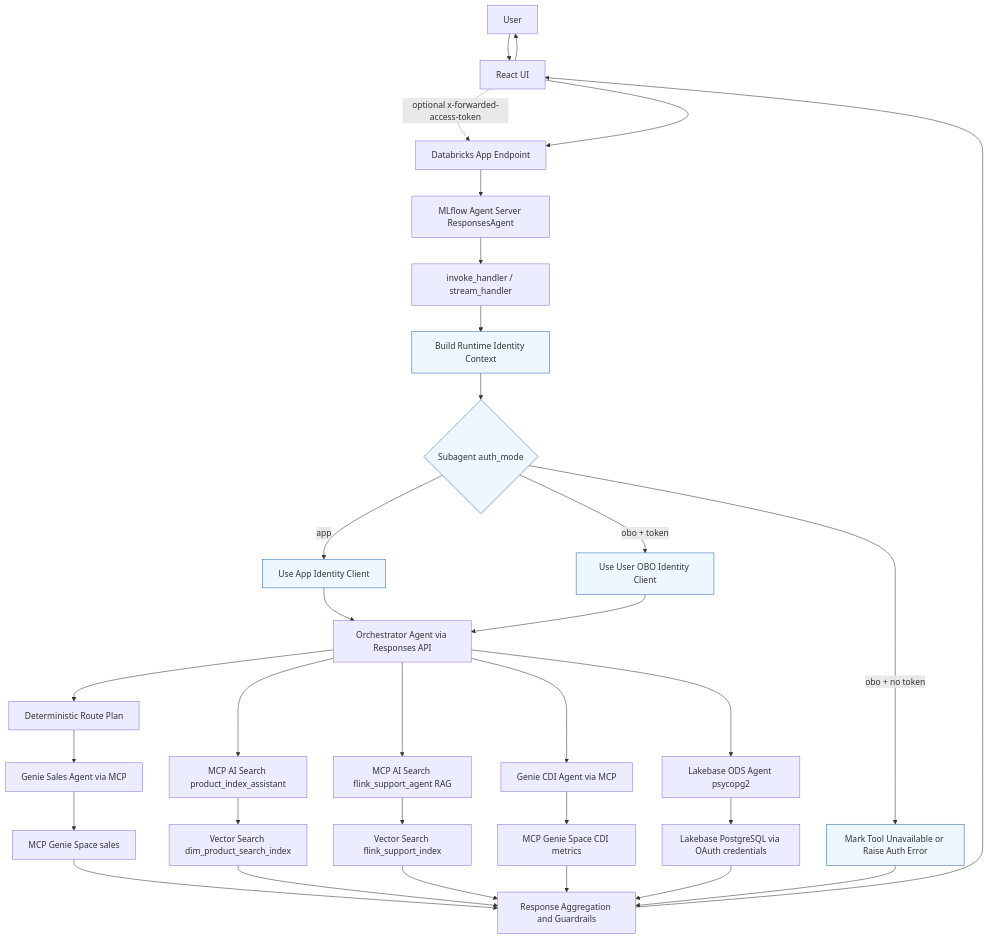
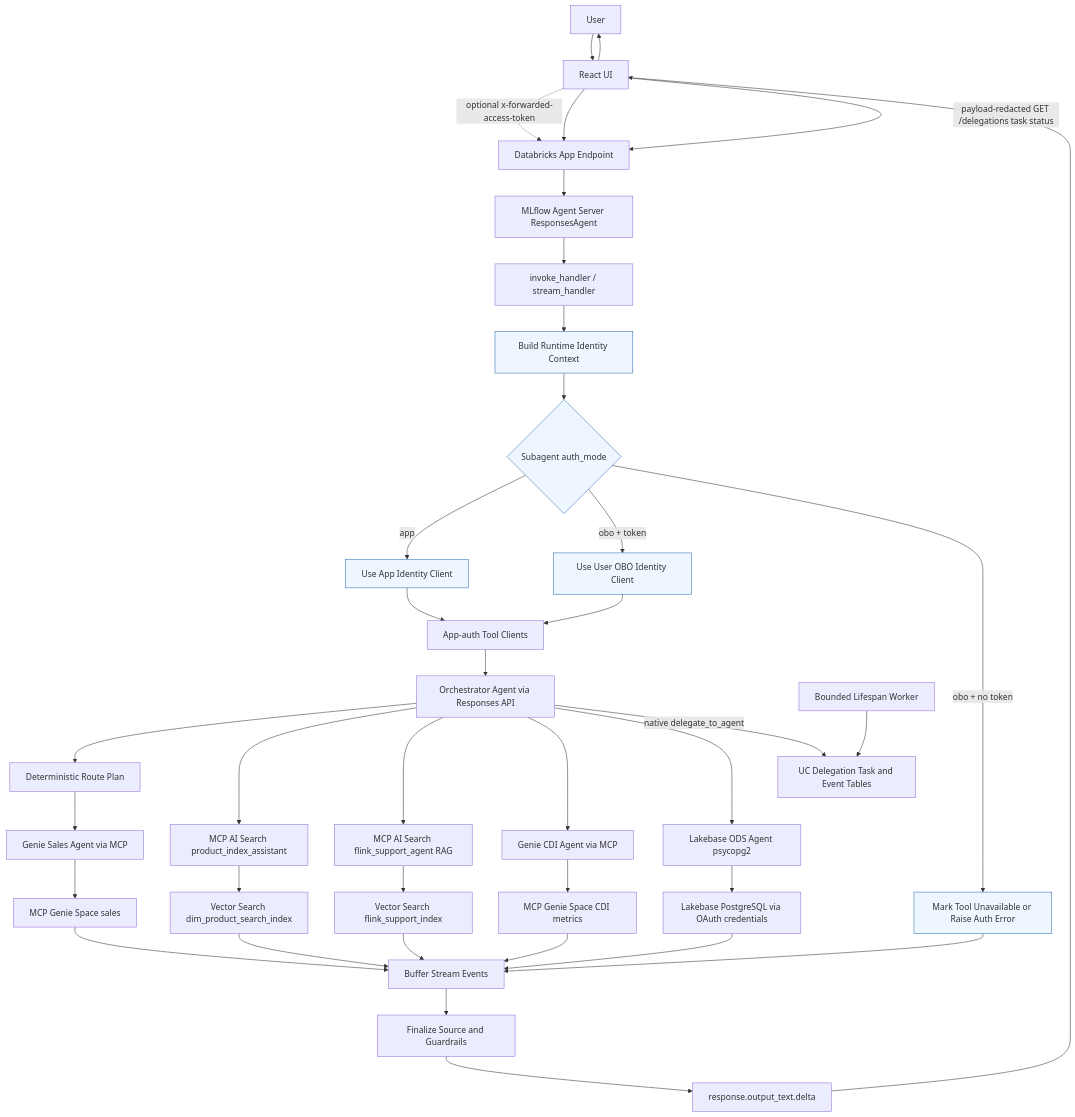
One commit to wchen-dea/Governed-Multi-Agent-Intelligence-on-Databricks changed the second of 2 diagrams in docs/architecture/high-level-architecture.md. Above: the diagram before and after it, drawn with Mermaid. The commit also changed other lines of this file and 4 other files, not shown here.

````diff
--- a/docs/architecture/high-level-architecture.md
+++ b/docs/architecture/high-level-architecture.md
@@ -153,41 +155,47 @@
 ```mermaid
 flowchart TD
     U[User]
     U --> UI[React UI]
     UI -.optional x-forwarded-access-token.-> APP
     UI --> APP[Databricks App Endpoint]
     APP --> S[MLflow Agent Server ResponsesAgent]
     S --> H[invoke_handler / stream_handler]
     H --> C[Build Runtime Identity Context]
     C --> D{Subagent auth_mode}
     D -->|app| AID[Use App Identity Client]
     D -->|obo + token| OID[Use User OBO Identity Client]
     D -->|obo + no token| ERR[Mark Tool Unavailable or Raise Auth Error]
-    AID --> O[Orchestrator Agent via Responses API]
-    OID --> O
+    AID --> TOOLS[App-auth Tool Clients]
+    OID --> TOOLS
+    TOOLS --> O[Orchestrator Agent via Responses API]
 
     O --> PLAN[Deterministic Route Plan]
     PLAN --> G[Genie Sales Agent via MCP]
     O --> K[MCP AI Search product_index_assistant]
     O --> F[MCP AI Search flink_support_agent RAG]
     O --> CDI[Genie CDI Agent via MCP]
     O --> LB[Lakebase ODS Agent psycopg2]
+    O -->|native delegate_to_agent| DT[UC Delegation Task and Event Tables]
+    W[Bounded Lifespan Worker] --> DT
 
     G --> M[MCP Genie Space sales]
     K --> R1[Vector Search dim_product_search_index]
     F --> R3[Vector Search flink_support_index]
     CDI --> M2[MCP Genie Space CDI metrics]
     LB --> PG[Lakebase PostgreSQL via OAuth credentials]
 
-    M --> R[Response Aggregation and Guardrails]
-    R1 --> R
-    R3 --> R
-    M2 --> R
-    PG --> R
-    ERR --> R
-    R --> UI
+    M --> BUF[Buffer Stream Events]
+    R1 --> BUF
+    R3 --> BUF
+    M2 --> BUF
+    PG --> BUF
+    ERR --> BUF
+    BUF --> R[Finalize Source and Guardrails]
+    R --> DELTA[response.output_text.delta]
+    DELTA --> UI
+    UI -->|payload-redacted GET /delegations task status| APP
     UI --> U
 
     classDef auth fill:#eef7ff,stroke:#2b6cb0,stroke-width:1px;
     class C,D,AID,OID,ERR auth;
 ```
````
